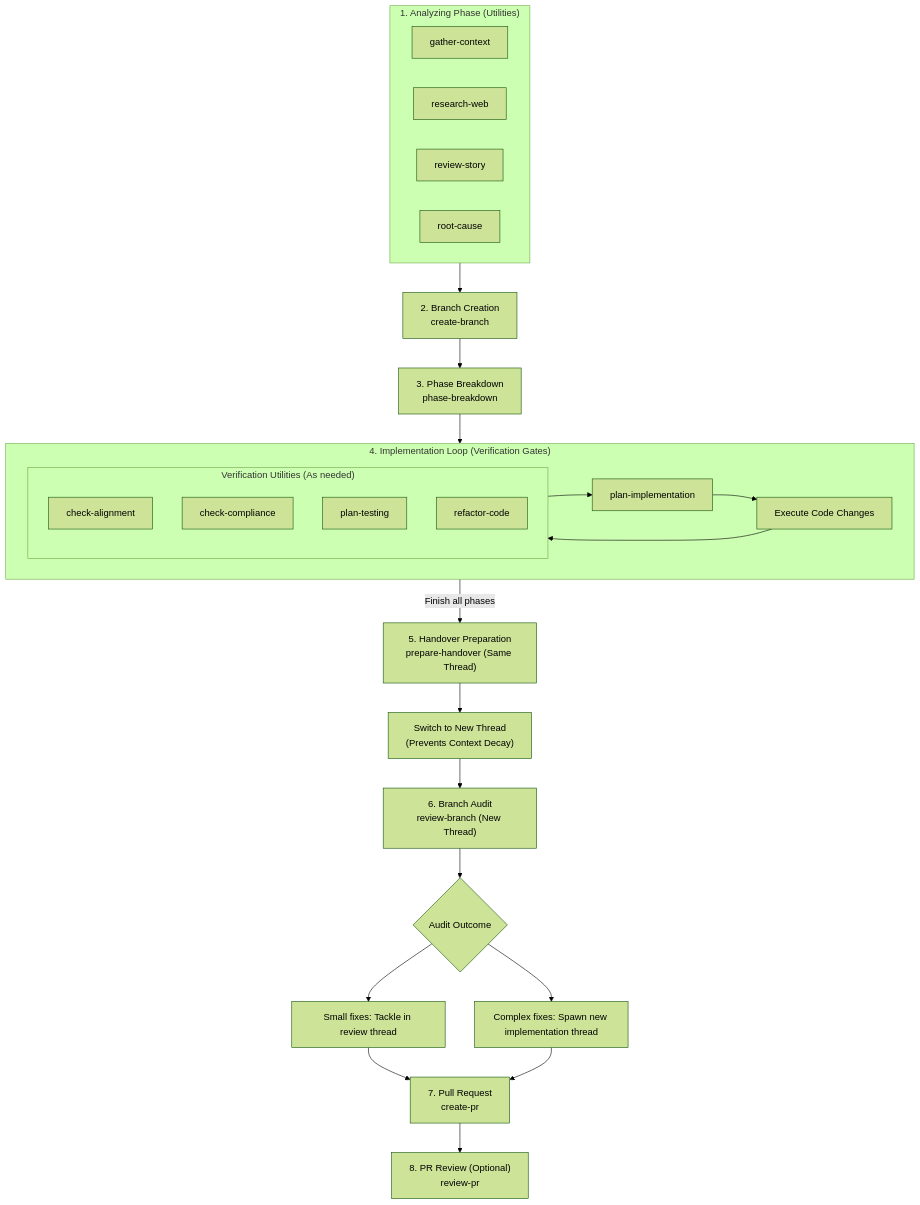
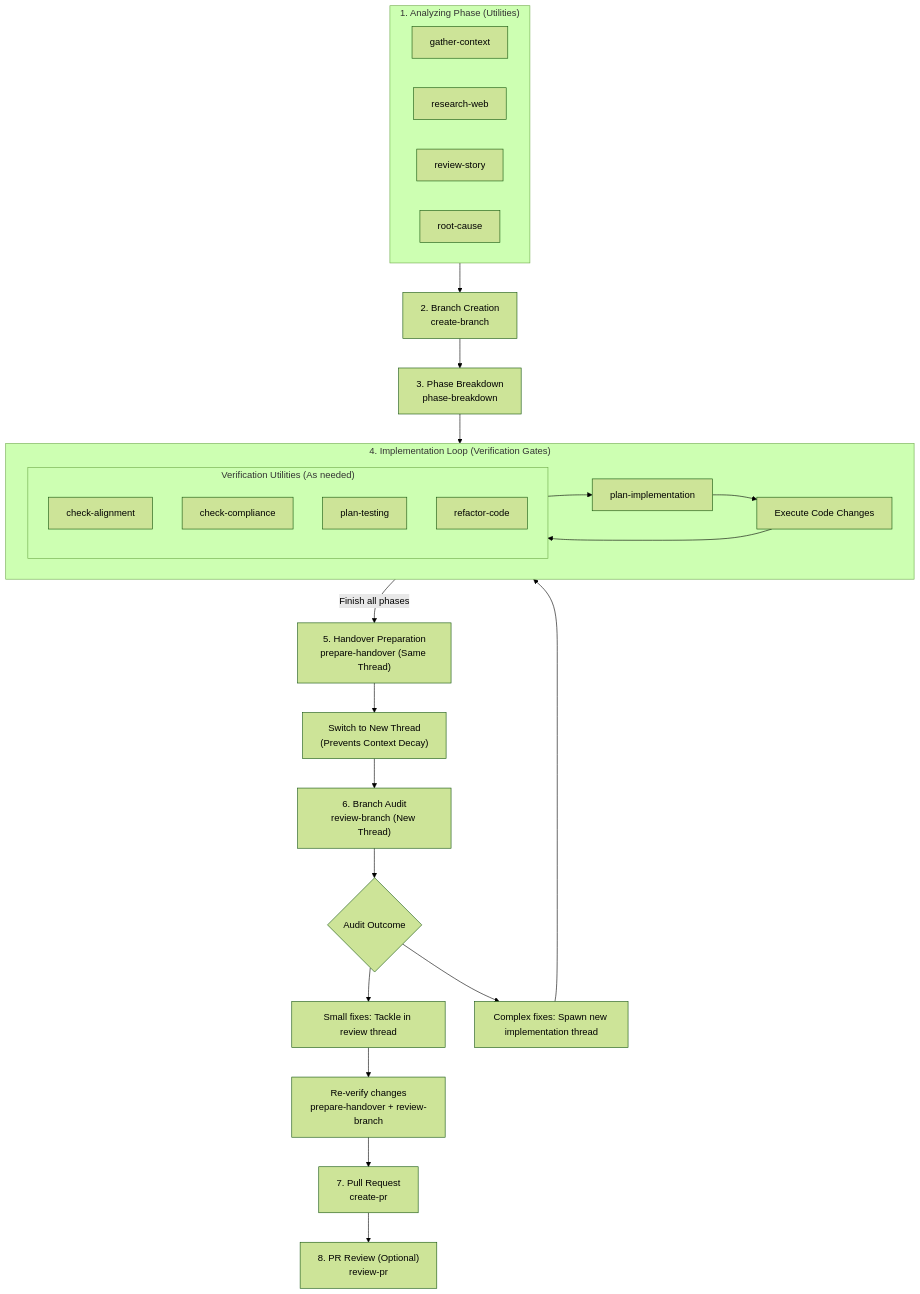
The diagram in LIFECYCLE.md (jrobertogarcia/agent-workflows), drawn with Mermaid (forest theme) before and after one commit. The commit also changed other lines of this file and 7 other files, not shown here.

````diff
--- a/LIFECYCLE.md
+++ b/LIFECYCLE.md
@@ -13,59 +13,61 @@
 ```mermaid
 graph TD
     %% Analyzing Phase
     subgraph Analyzing ["1. Analyzing Phase (Utilities)"]
         GC["gather-context"]
         RW["research-web"]
         RS["review-story"]
         RC["root-cause"]
     end
 
     %% Branch & Plan Phase
     CB["2. Branch Creation<br>create-branch"]
     PB["3. Phase Breakdown<br>phase-breakdown"]
     
     subgraph Loop ["4. Implementation Loop (Verification Gates)"]
         PI["plan-implementation"]
         Code["Execute Code Changes"]
         
         %% Loop Utilities
         subgraph Utilities ["Verification Utilities (As needed)"]
             CA["check-alignment"]
             CC["check-compliance"]
             PT["plan-testing"]
             RF["refactor-code"]
         end
         
         PI --> Code
         Code --> Utilities
         Utilities --> PI
     end
 
     %% Handover & Review Phase
     PH["5. Handover Preparation<br>prepare-handover (Same Thread)"]
     Switch["Switch to New Thread<br>(Prevents Context Decay)"]
     RB["6. Branch Audit<br>review-branch (New Thread)"]
     
     %% Branch Review Fixes Decisions
     Decide{"Audit Outcome"}
     FixSame["Small fixes: Tackle in review thread"]
     FixNew["Complex fixes: Spawn new implementation thread"]
+    Reverify["Re-verify changes<br>prepare-handover + review-branch"]
     
     %% PR Release Phase
     CPR["7. Pull Request<br>create-pr"]
     RPR["8. PR Review (Optional)<br>review-pr"]
 
     %% Flow connections
     Analyzing --> CB
     CB --> PB
     PB --> Loop
     Loop -->|Finish all phases| PH
     PH --> Switch
     Switch --> RB
     RB --> Decide
     Decide --> FixSame
     Decide --> FixNew
-    FixSame --> CPR
-    FixNew --> CPR
+    FixSame --> Reverify
+    FixNew --> Loop
+    Reverify --> CPR
     CPR --> RPR
 ```
````
